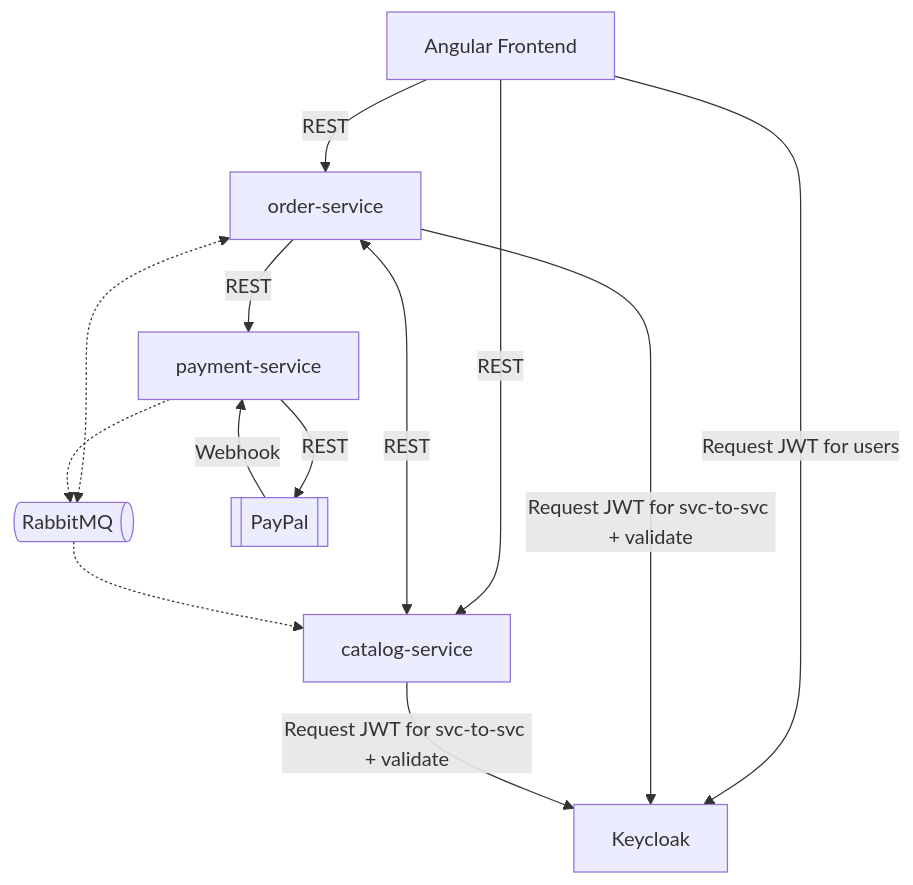
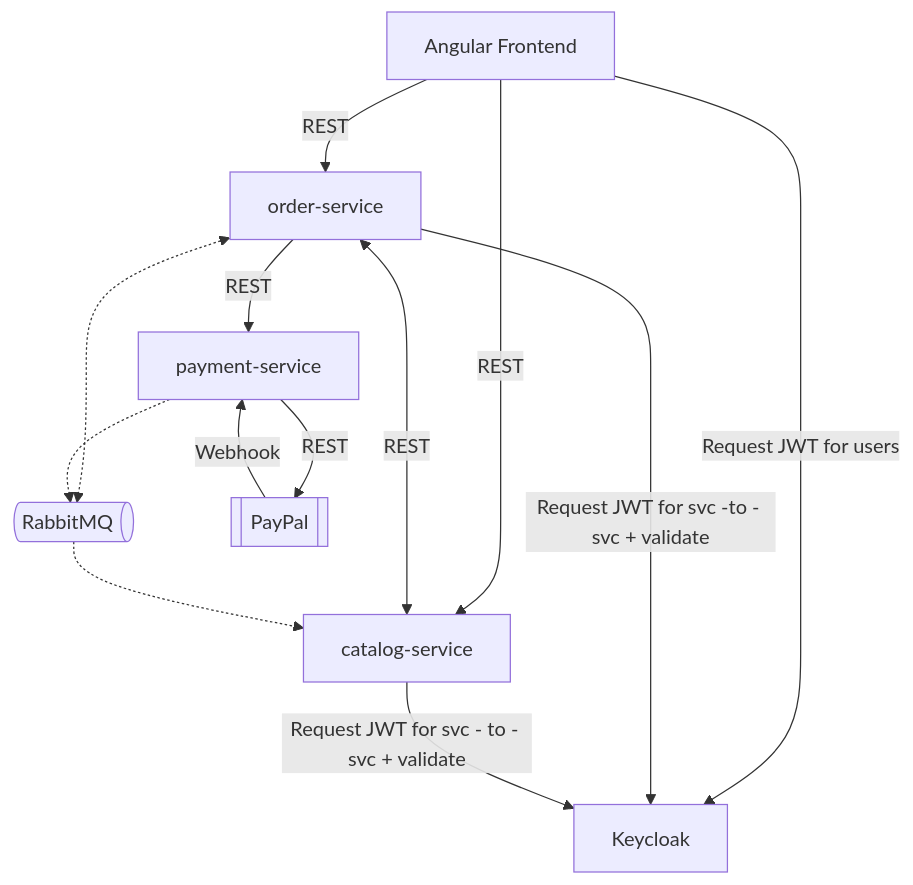
The first of 2 diagrams in README.md (abdelkhalek-saadani/storehub), drawn with Mermaid before and after one commit. The commit also changed other lines of this file and 3 other files, not shown here.

Commit message:
docs: move schema setup to order doc, added sections and refine the root docs, upated keycloak docs

````diff
--- a/README.md
+++ b/README.md
@@ -12,22 +11,22 @@
 ```mermaid
 flowchart TB
     MQ@{ shape: h-cyl, label: "RabbitMQ"}
-    
-    FE["Angular Frontend"] -->|"REST"| CAT["catalog-service"]
-    FE -->|REST| ORD["order-service"]
-    FE -->|Request JWT for users| KC["Keycloak"]
-    
-    ORD -->|REST| PAY["payment-service"]
-    ORD <-->|REST| CAT
-    ORD -->|Request JWT for svc-to-svc + validate| KC
-    ORD <-.-> MQ
 
-    
-    MQ -.-> CAT
-    CAT -->|Request JWT for svc-to-svc + validate| KC
+FE["Angular Frontend"] -->|" REST "|CAT["catalog-service"]
+FE -->|REST| ORD["order-service"]
+FE -->|Request JWT for users|KC["Keycloak"]
 
-    PAY -->|REST| PP[["PayPal"]]
-    PAY -.-> MQ
-    PP -->|Webhook| PAY
+ORD -->|REST|PAY["payment-service"]
+ORD <-->|REST| CAT
+ORD -->|Request JWT for svc -to - svc + validate|KC
+ORD <-.-> MQ
+
+
+MQ -.-> CAT
+CAT -->|Request JWT for svc - to - svc + validate|KC
+
+PAY -->|REST| PP[["PayPal"]]
+PAY -.-> MQ
+PP -->|Webhook|PAY
 
 ```
````
